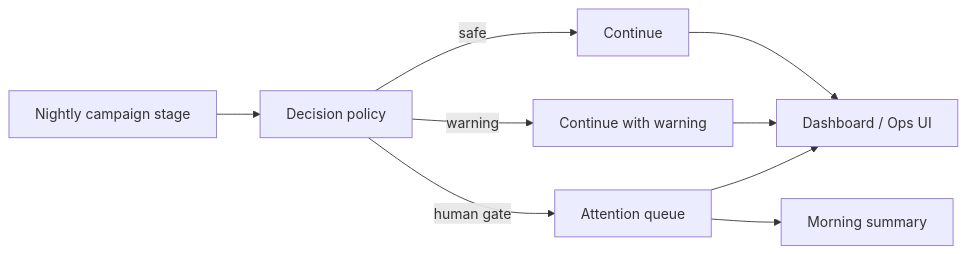
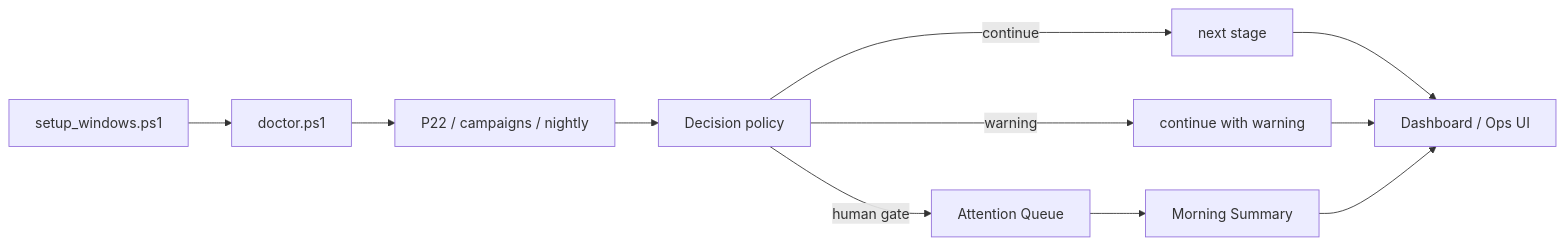
Before and after one commit to XcapeAxis/BalatroAI: the second of 2 diagrams in README.md, drawn with Mermaid. The commit also changed other lines of this file and 8 other files, not shown here.

````diff
--- a/README.md
+++ b/README.md
@@ -151,11 +175,13 @@
 ```mermaid
 flowchart LR
-  A["Nightly campaign stage"] --> B["Decision policy"]
-  B -->|safe| C["Continue"]
-  B -->|warning| D["Continue with warning"]
-  B -->|human gate| E["Attention queue"]
-  E --> F["Morning summary"]
-  C --> G["Dashboard / Ops UI"]
-  D --> G
-  E --> G
+  A["setup_windows.ps1"] --> B["doctor.ps1"]
+  B --> C["P22 / campaigns / nightly"]
+  C --> D["Decision policy"]
+  D -->|continue| E["next stage"]
+  D -->|warning| F["continue with warning"]
+  D -->|human gate| G["Attention Queue"]
+  G --> H["Morning Summary"]
+  E --> I["Dashboard / Ops UI"]
+  F --> I
+  H --> I
 ```
````
